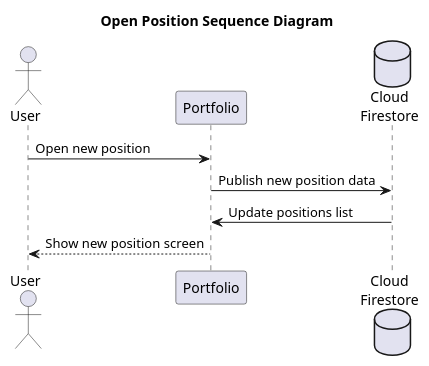
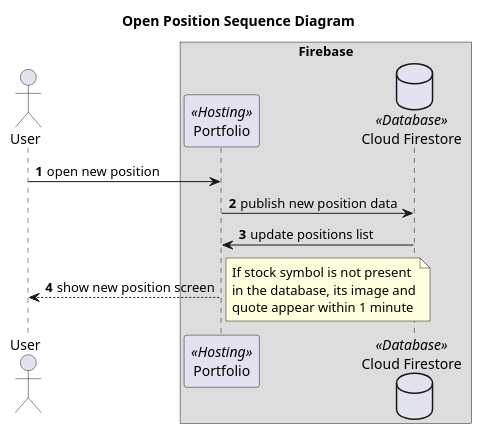
Before and after one commit to loginov-rocks/Portfolio: the diagram in docs/diagrams/Sequence-Open-Position.puml, drawn with PlantUML. The commit also changed 4 other files, not shown here.

Commit message:
Docs: added sequence diagrams

```diff
--- a/docs/diagrams/Sequence-Open-Position.puml
+++ b/docs/diagrams/Sequence-Open-Position.puml
@@ -1,14 +1,22 @@
 @startuml
 
+autonumber
 title Open Position Sequence Diagram
 
 actor User
-participant Portfolio
-database "Cloud\nFirestore" as CloudFirestore
+box Firebase
+    participant Portfolio <<Hosting>>
+    database "Cloud Firestore" as CloudFirestore <<Database>>
+end box
 
-User -> Portfolio: Open new position
-Portfolio -> CloudFirestore: Publish new position data
-CloudFirestore -> Portfolio: Update positions list
-Portfolio --> User: Show new position screen
+User -> Portfolio: open new position
+Portfolio -> CloudFirestore: publish new position data
+CloudFirestore -> Portfolio: update positions list
+Portfolio --> User: show new position screen
+note right
+    If stock symbol is not present
+    in the database, its image and
+    quote appear within 1 minute
+end note
 
 @enduml
```
